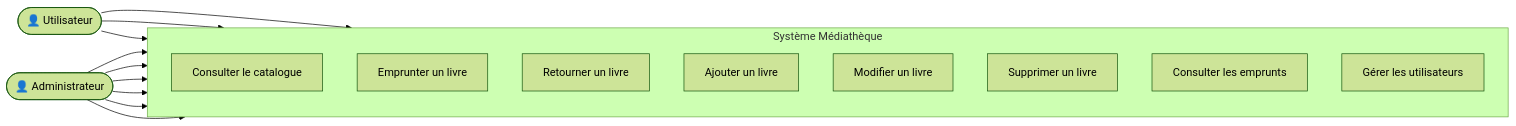
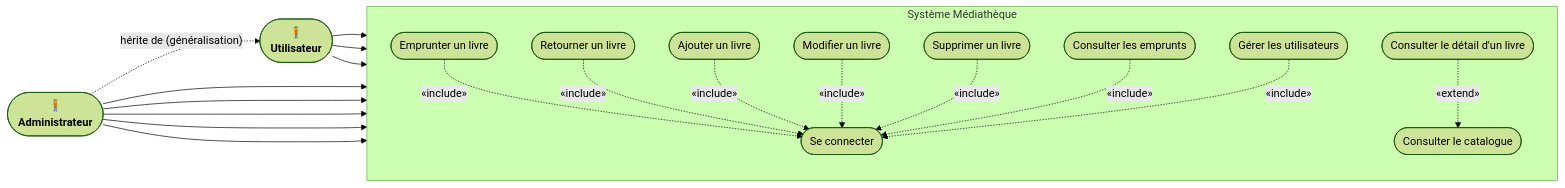
The diagram in analyse/uml-cas-utilisation.mmd (MahefasoaRAM/java-project), drawn with Mermaid (forest theme) before and after one commit. The commit also changed 7 other files, not shown here.

Commit message:
feat: changed diagram to show use case

```diff
--- a/analyse/uml-cas-utilisation.mmd
+++ b/analyse/uml-cas-utilisation.mmd
@@ -1,26 +1,53 @@
+%% ═════════════════════════════════════════════════════════════
+%% Diagramme de cas d'utilisation – Médiathèque
+%% Acteurs en stickman, relations «include» / «extend» et héritage
+%% ═════════════════════════════════════════════════════════════
 flowchart LR
-    Utilisateur(["👤 Utilisateur"])
-    Admin(["👤 Administrateur"])
 
-    subgraph Système_Médiathèque["Système Médiathèque"]
+    %% ── Acteurs (stickman) ──
+    ADMIN(["🧍<br/><b>Administrateur</b>"])
+    UTILISATEUR(["🧍<br/><b>Utilisateur</b>"])
+
+    %% Héritage d'acteurs : Administrateur hérite d'Utilisateur
+    %% (il possède toutes ses actions, plus les actions d'administration)
+    ADMIN -.->|"hérite de (généralisation)"| UTILISATEUR
+
+    %% ── Système ──
+    subgraph SYSTEME["Système Médiathèque"]
         direction TB
-        UC1["Consulter le catalogue"]
-        UC2["Emprunter un livre"]
-        UC3["Retourner un livre"]
-        UC4["Ajouter un livre"]
-        UC5["Modifier un livre"]
-        UC6["Supprimer un livre"]
-        UC7["Consulter les emprunts"]
-        UC8["Gérer les utilisateurs"]
+        UC0(["Se connecter"])
+        UC1(["Consulter le catalogue"])
+        UC2(["Emprunter un livre"])
+        UC3(["Retourner un livre"])
+        UC4(["Ajouter un livre"])
+        UC5(["Modifier un livre"])
+        UC6(["Supprimer un livre"])
+        UC7(["Consulter les emprunts"])
+        UC8(["Gérer les utilisateurs"])
+
+        %% «include» : Se connecter est obligatoire avant tout cas protégé
+        UC2 -.->|"«include»"| UC0
+        UC3 -.->|"«include»"| UC0
+        UC4 -.->|"«include»"| UC0
+        UC5 -.->|"«include»"| UC0
+        UC6 -.->|"«include»"| UC0
+        UC7 -.->|"«include»"| UC0
+        UC8 -.->|"«include»"| UC0
+
+        %% «extend» : Consulter le détail étend optionnellement le catalogue
+        UCD(["Consulter le détail d'un livre"])
+        UCD -.->|"«extend»"| UC1
     end
 
-    Utilisateur --> UC1
-    Utilisateur --> UC2
-    Utilisateur --> UC3
+    %% ── Associations acteur → cas d'utilisation ──
+    UTILISATEUR --> UC1
+    UTILISATEUR --> UC2
+    UTILISATEUR --> UC3
 
-    Admin --> UC1
-    Admin --> UC4
-    Admin --> UC5
-    Admin --> UC6
-    Admin --> UC7
-    Admin --> UC8
+    %% L'Administrateur hérite des cas de l'Utilisateur (via la généralisation)
+    %% et accède en plus aux fonctions d'administration
+    ADMIN --> UC4
+    ADMIN --> UC5
+    ADMIN --> UC6
+    ADMIN --> UC7
+    ADMIN --> UC8
```
